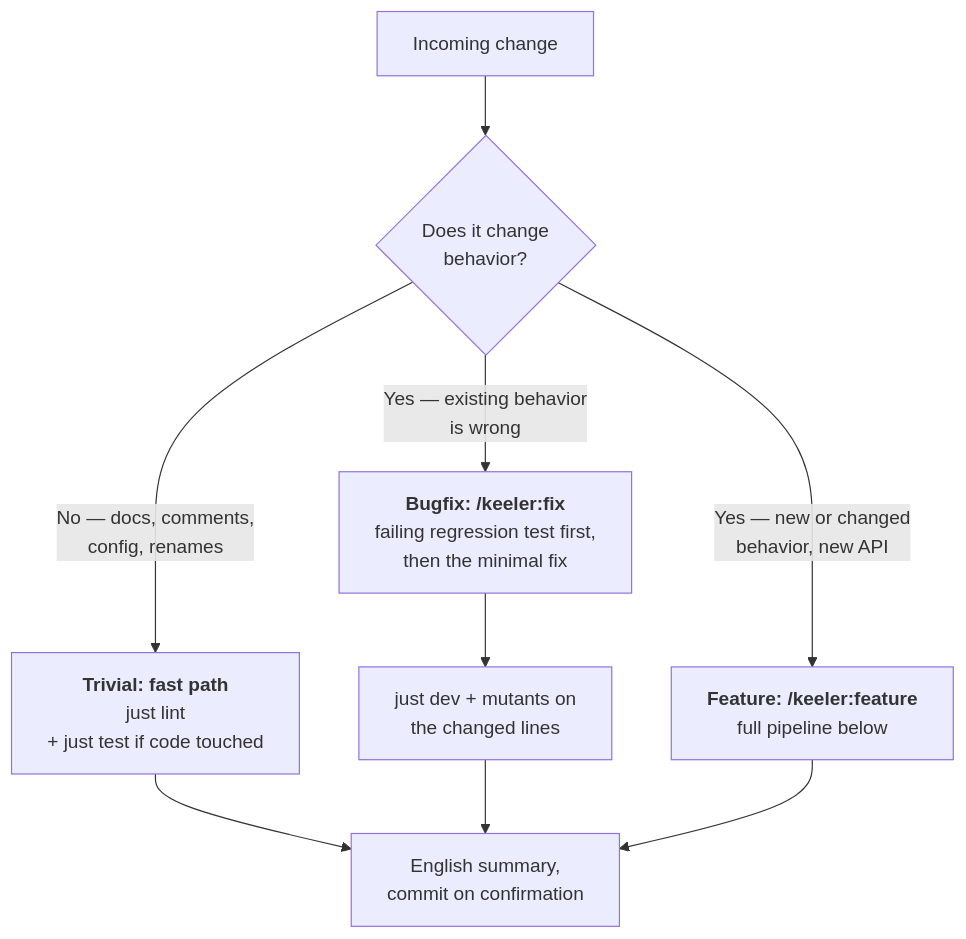
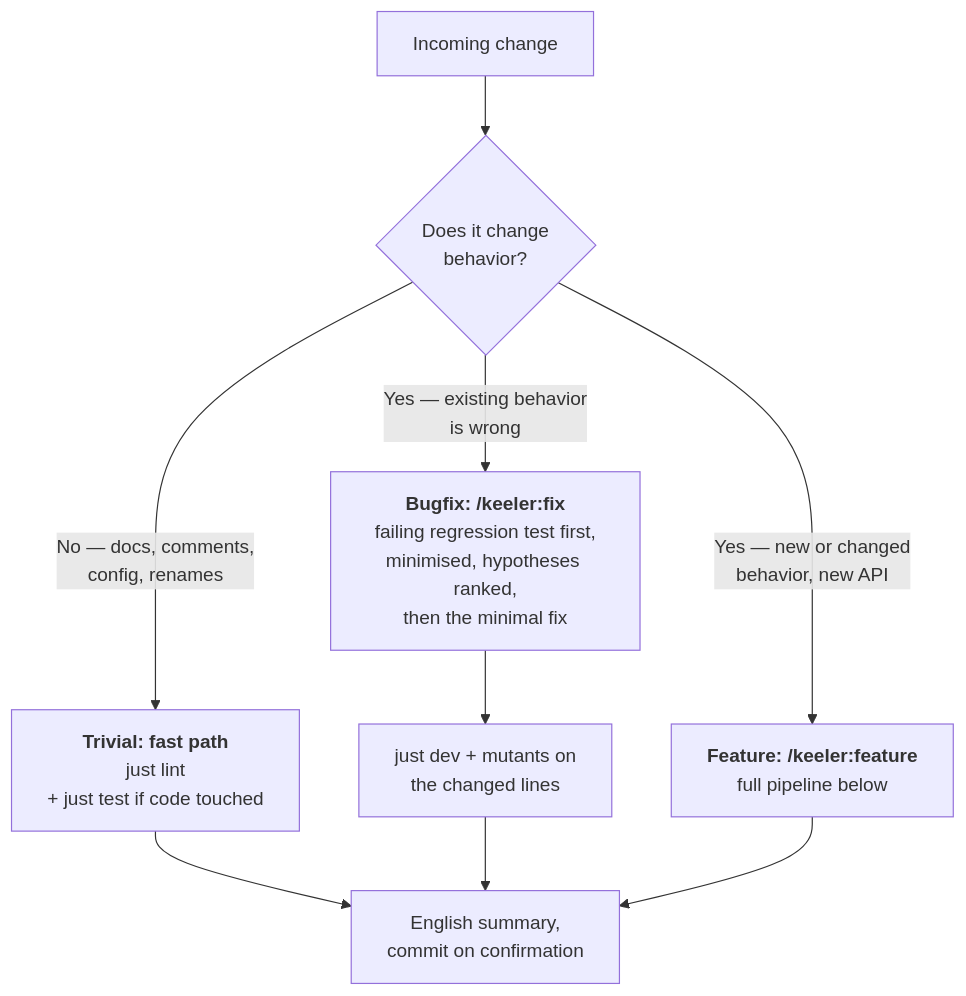
The first of 3 diagrams in KEELER.md (minikin/keeler), drawn with Mermaid before and after one commit. The commit also changed other lines of this file and 6 other files, not shown here.

````diff
--- a/KEELER.md
+++ b/KEELER.md
@@ -55,10 +55,10 @@
 ```mermaid
 flowchart TD
     A[Incoming change] --> B{Does it change<br/>behavior?}
     B -- "No — docs, comments,<br/>config, renames" --> C[<b>Trivial: fast path</b><br/>just lint<br/>+ just test if code touched]
-    B -- "Yes — existing behavior<br/>is wrong" --> D[<b>Bugfix: /keeler:fix</b><br/>failing regression test first,<br/>then the minimal fix]
+    B -- "Yes — existing behavior<br/>is wrong" --> D[<b>Bugfix: /keeler:fix</b><br/>failing regression test first,<br/>minimised, hypotheses ranked,<br/>then the minimal fix]
     B -- "Yes — new or changed<br/>behavior, new API" --> E[<b>Feature: /keeler:feature</b><br/>full pipeline below]
     C --> F[English summary,<br/>commit on confirmation]
     D --> G[just dev + mutants on<br/>the changed lines] --> F
     E --> F
 ```
````
